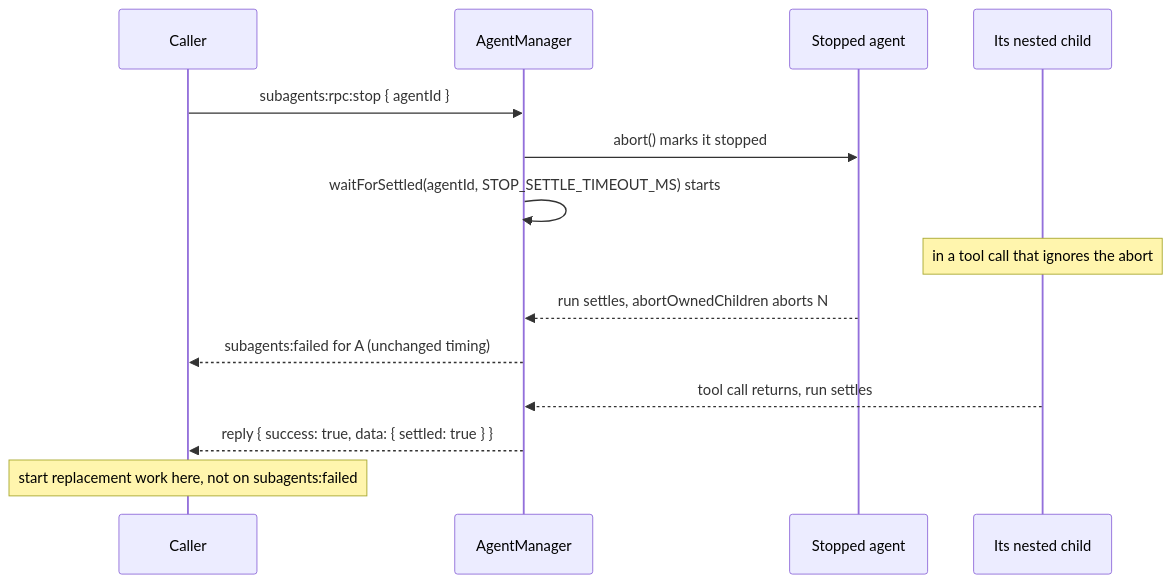
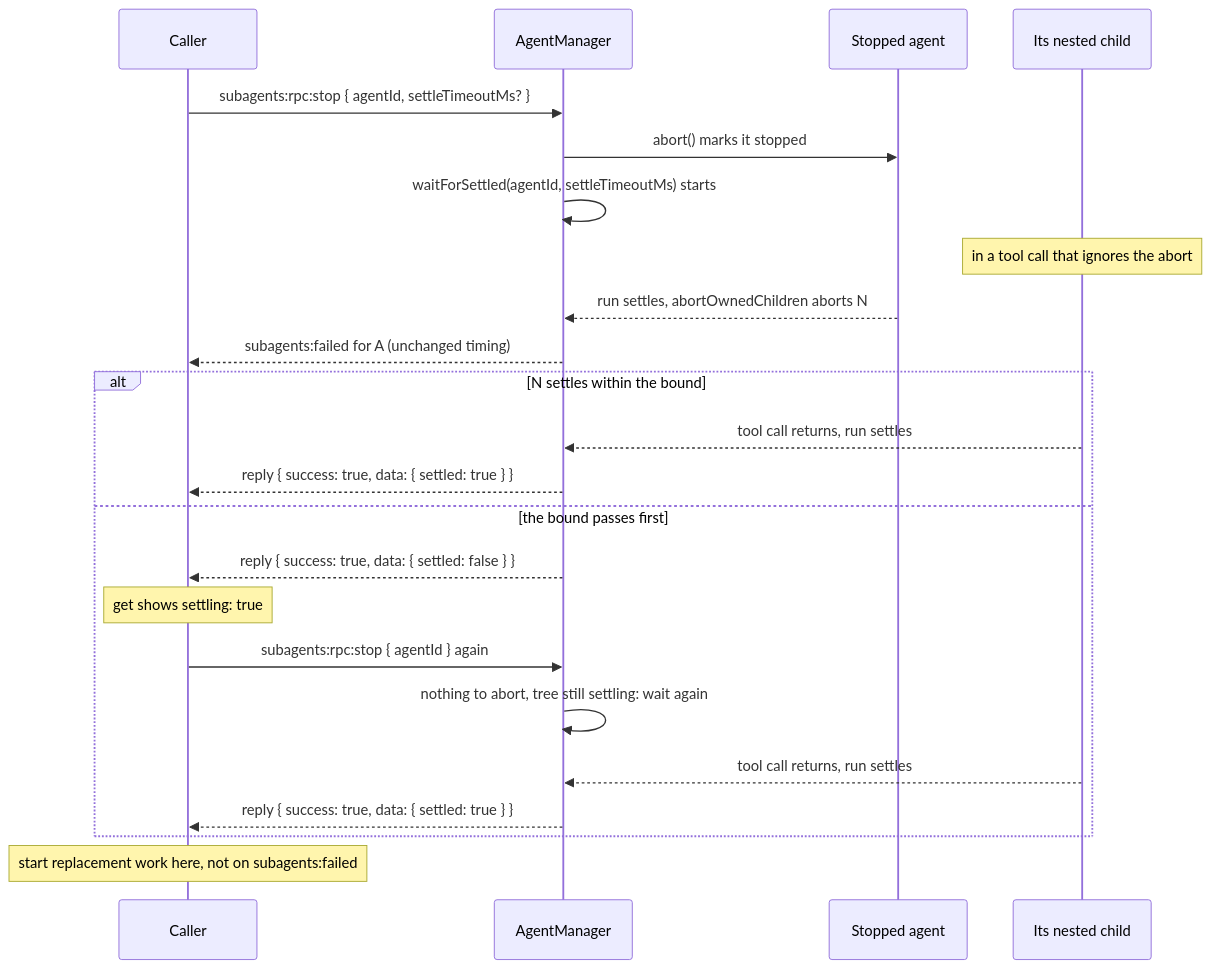
One commit to tintinweb/pi-subagents changed the second of 6 diagrams in docs/rpc.md. Above: the diagram before and after it, drawn with Mermaid. The commit also changed other lines of this file and 10 other files, not shown here.

Commit message:
feat(rpc): add settling, repeatable stop, settleTimeoutMs, ping features and ownUsage

````diff
--- a/docs/rpc.md
+++ b/docs/rpc.md
@@ -131,16 +134,25 @@
 ```mermaid
 sequenceDiagram
   participant C as Caller
   participant M as AgentManager
   participant A as Stopped agent
   participant N as Its nested child
-  C->>M: subagents:rpc:stop { agentId }
+  C->>M: subagents:rpc:stop { agentId, settleTimeoutMs? }
   M->>A: abort() marks it stopped
-  M->>M: waitForSettled(agentId, STOP_SETTLE_TIMEOUT_MS) starts
+  M->>M: waitForSettled(agentId, settleTimeoutMs) starts
   Note over N: in a tool call that ignores the abort
   A-->>M: run settles, abortOwnedChildren aborts N
   M-->>C: subagents:failed for A (unchanged timing)
-  N-->>M: tool call returns, run settles
-  M-->>C: reply { success: true, data: { settled: true } }
+  alt N settles within the bound
+    N-->>M: tool call returns, run settles
+    M-->>C: reply { success: true, data: { settled: true } }
+  else the bound passes first
+    M-->>C: reply { success: true, data: { settled: false } }
+    Note over C: get shows settling: true
+    C->>M: subagents:rpc:stop { agentId } again
+    M->>M: nothing to abort, tree still settling: wait again
+    N-->>M: tool call returns, run settles
+    M-->>C: reply { success: true, data: { settled: true } }
+  end
   Note over C: start replacement work here, not on subagents:failed
 ```
````
